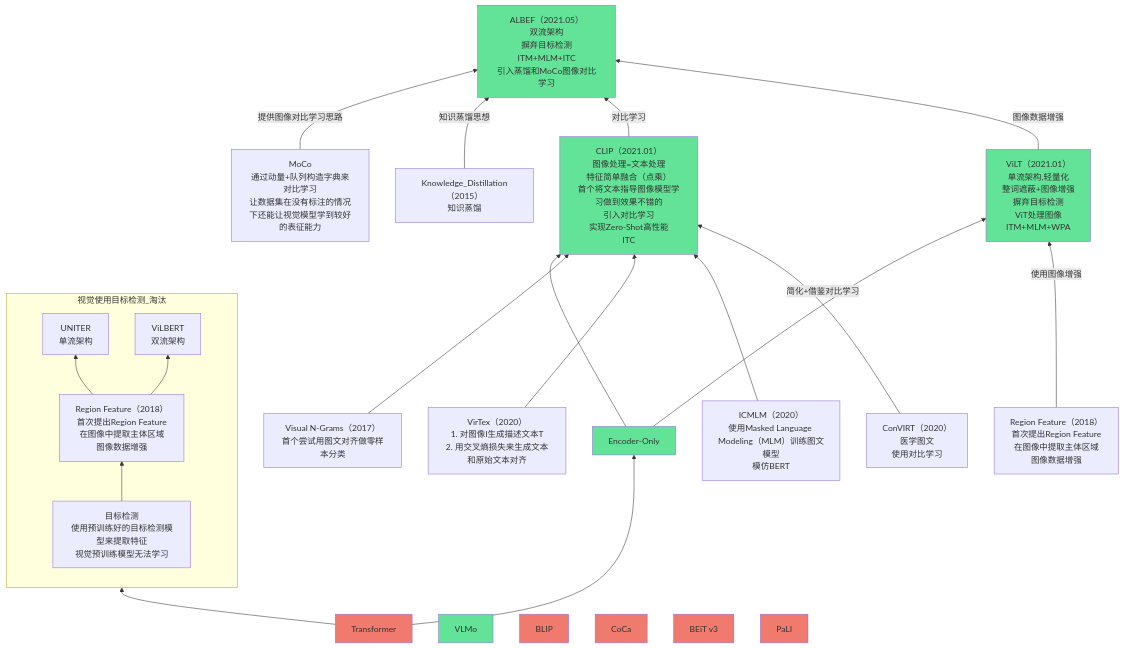
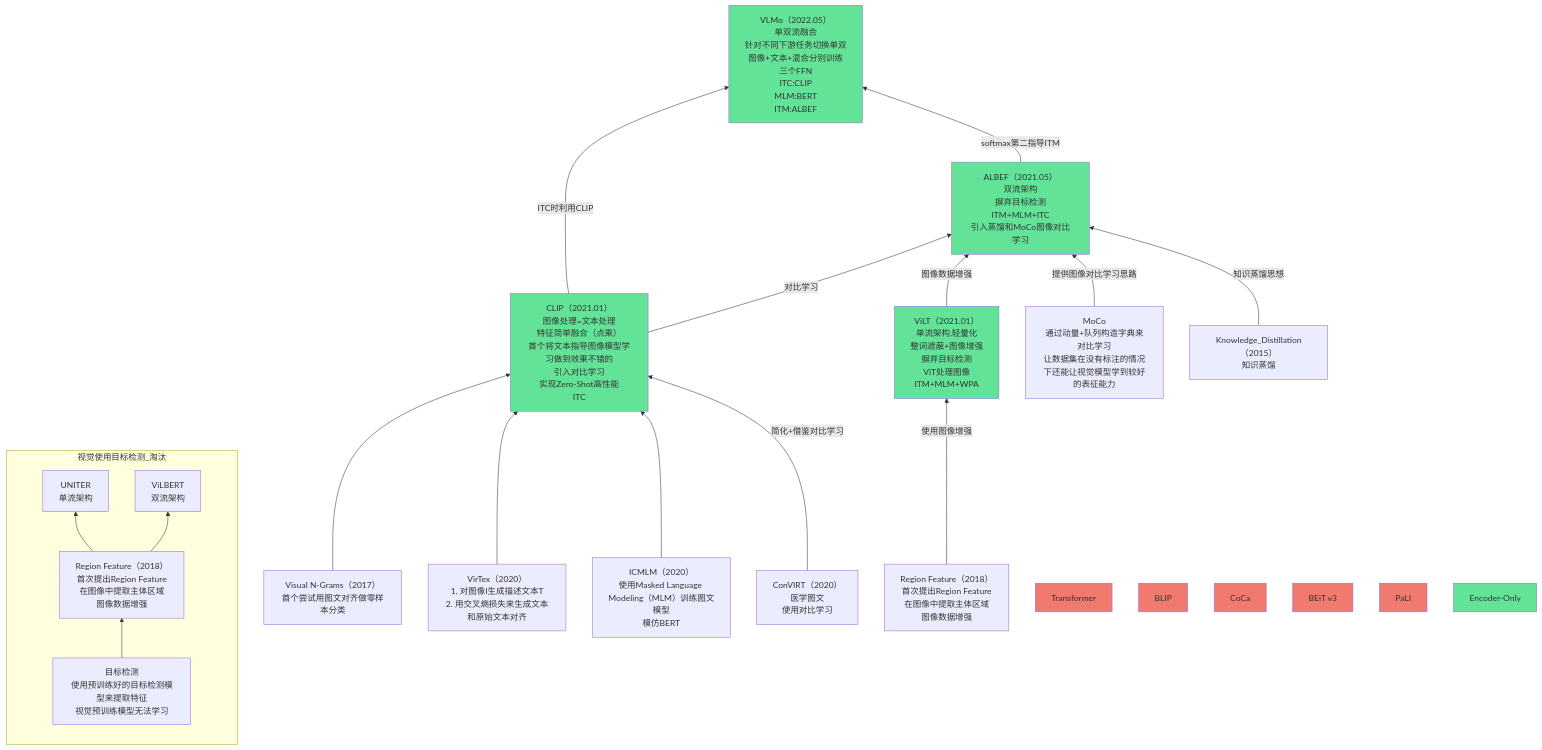
One commit to Elephant-King9/Paper changed the third of 5 diagrams in Base_Model/VLM+VLLM/analyse.md. Above: the diagram before and after it, drawn with Mermaid. The commit also changed 4 other files, not shown here.

````diff
--- a/Base_Model/VLM+VLLM/analyse.md
+++ b/Base_Model/VLM+VLLM/analyse.md
@@ -80,60 +80,57 @@
 ```mermaid
 flowchart BT
-	Transformer-->目标检测
 	subgraph 视觉使用目标检测_淘汰
 		direction BT
 		目标检测-->Region_Feature_1
     Region_Feature_1-->UNITER
     Region_Feature_1-->ViLBERT
 	end
-	Transformer-->Encoder-Only
-	Encoder-Only-->CLIP
+	Region_Feature-->|使用图像增强|ViLT
 	Visual_N-Grams-->CLIP
 	VirTex-->CLIP
 	ICMLM-->CLIP
 	ConVIRT-->|简化+借鉴对比学习|CLIP
-	Encoder-Only-->ViLT
-	Region_Feature-->|使用图像增强|ViLT
 	MoCo-->|提供图像对比学习思路|ALBEF
 	Knowledge_Distillation-->|知识蒸馏思想|ALBEF
+	CLIP-->|ITC时利用CLIP|VLMo
 	CLIP-->|对比学习|ALBEF
 	ViLT-->|图像数据增强|ALBEF
-	
+	ALBEF-->|softmax第二指导ITM|VLMo
 	
 	
 	
 	
 	
 	
 	Transformer[Transformer]
 		style Transformer fill:#EF7A6D
 	目标检测[目标检测<br>使用预训练好的目标检测模型来提取特征<br>视觉预训练模型无法学习]
 	ViLT[ViLT（2021.01）<br>单流架构,轻量化<br>整词遮蔽+图像增强<br>摒弃目标检测<br>ViT处理图像<br>ITM+MLM+WPA]
 		style ViLT fill:#63E398
 	CLIP[CLIP（2021.01）<br>图像处理=文本处理<br>特征简单融合（点乘）<br>首个将文本指导图像模型学习做到效果不错的<br>引入对比学习<br>实现Zero-Shot高性能<br>ITC]
 		style CLIP fill:#63E398
 	ALBEF[ALBEF（2021.05）<br>双流架构<br>摒弃目标检测<br>ITM+MLM+ITC<br>引入蒸馏和MoCo图像对比学习]
 		style ALBEF fill:#63E398
-	VLMo[VLMo]
+	VLMo[VLMo（2022.05）<br>单双流融合<br>针对不同下游任务切换单双<br>图像+文本+混合分别训练<br>三个FFN<br>ITC:CLIP<br>MLM:BERT<br>ITM:ALBEF]
 		style VLMo fill:#63E398
 	BLIP[BLIP]
 		style BLIP fill:#EF7A6D
 	CoCa[CoCa]
 		style CoCa fill:#EF7A6D
 	BEiT_v3[BEiT v3]
 		style BEiT_v3 fill:#EF7A6D
 	PaLI[PaLI]
 		style PaLI fill:#EF7A6D
 	VirTex[VirTex（2020）<br>1. 对图像I生成描述文本T<br>2. 用交叉熵损失来生成文本和原始文本对齐]
 	ICMLM[ICMLM（2020）<br>使用Masked Language Modeling（MLM）训练图文模型<br>模仿BERT]
 	ConVIRT[ConVIRT（2020）<br>医学图文<br>使用对比学习]
 	Visual_N-Grams[Visual N-Grams（2017）<br>首个尝试用图文对齐做零样本分类]
 	Region_Feature[Region Feature（2018）<br>首次提出Region Feature<br>在图像中提取主体区域<br>图像数据增强]
 	Region_Feature_1[Region Feature（2018）<br>首次提出Region Feature<br>在图像中提取主体区域<br>图像数据增强]
 	UNITER[UNITER<br>单流架构]
 	ViLBERT[ViLBERT<br>双流架构]
 	MoCo[MoCo<br>通过动量+队列构造字典来对比学习<br>让数据集在没有标注的情况下还能让视觉模型学到较好的表征能力]
 	Encoder-Only[Encoder-Only]
 		style Encoder-Only fill:#63E398
 	Knowledge_Distillation[Knowledge_Distillation（2015）<br>知识蒸馏]
 ```
````
